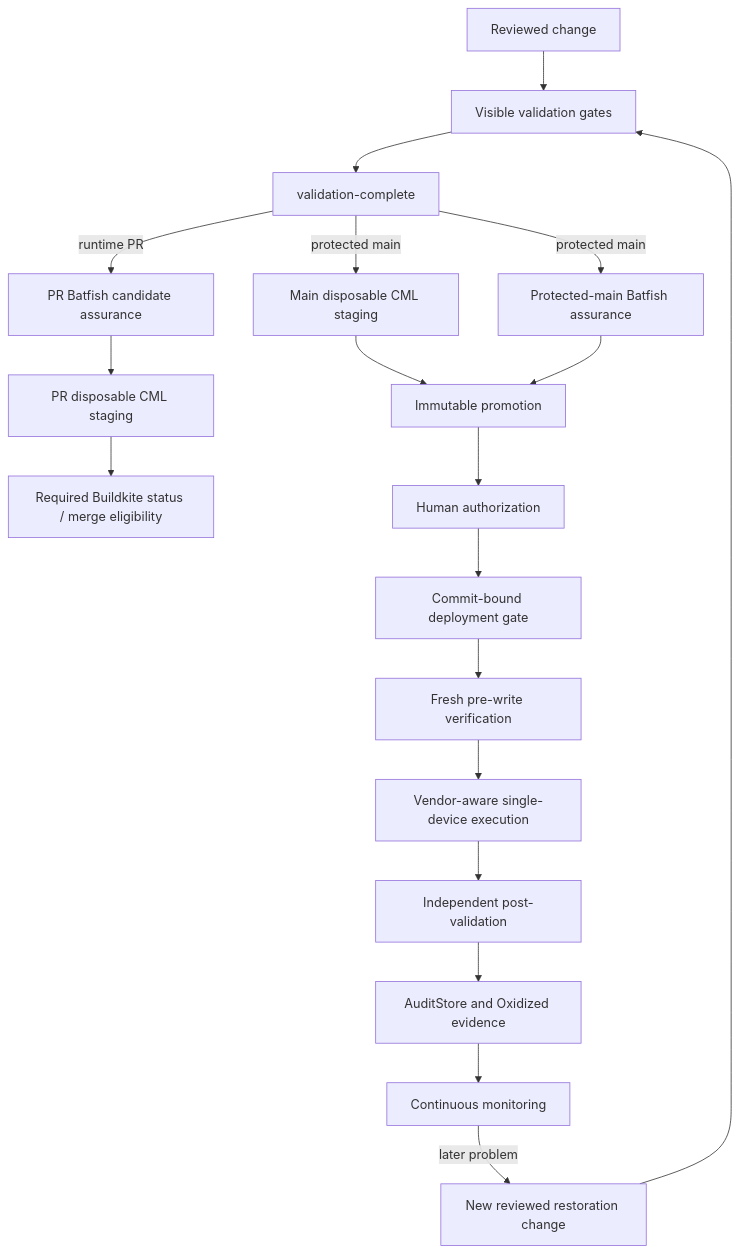
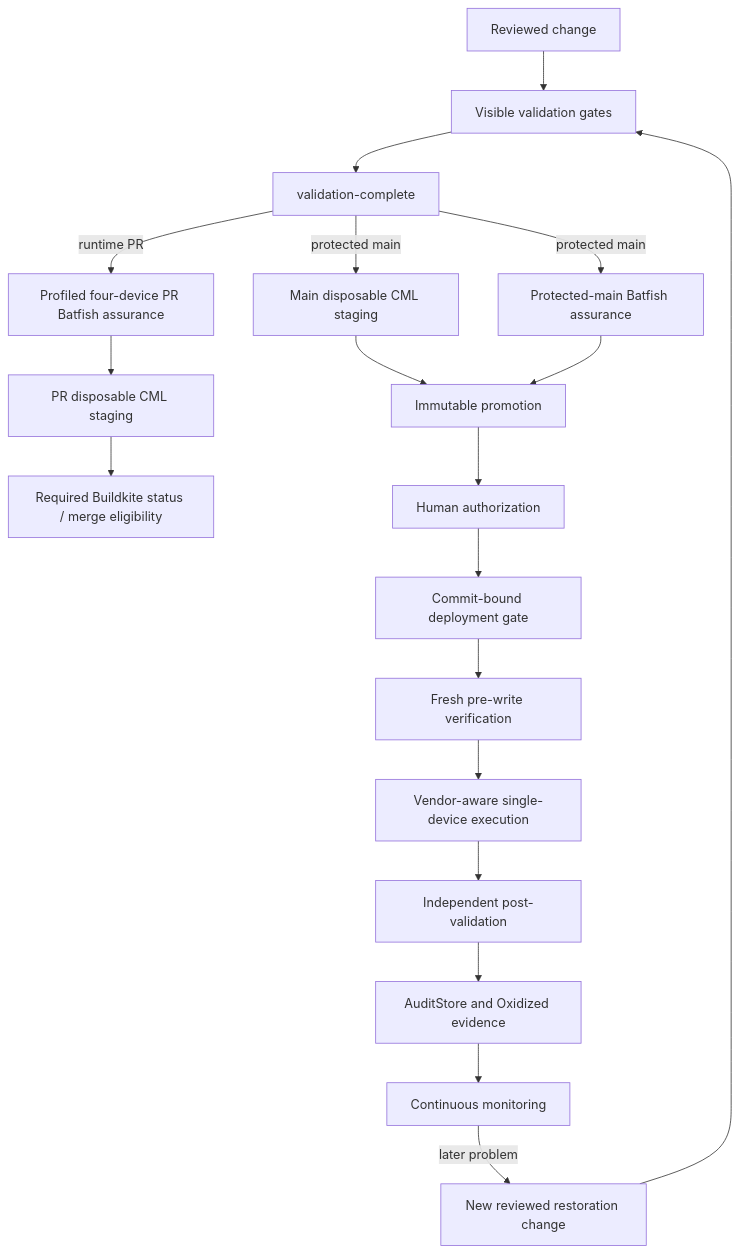
Before and after one commit to Atheer-Kareem/network-change-delivery-platform: the diagram in docs/architecture/change-lifecycle.md, drawn with Mermaid. The commit also changed other lines of this file and 17 other files, not shown here.

Commit message:
feat: hand PR Batfish to profiled assurance (#118)

````diff
--- a/docs/architecture/change-lifecycle.md
+++ b/docs/architecture/change-lifecycle.md
@@ -13,21 +13,21 @@
 ```mermaid
 flowchart TD
   PR[Reviewed change] --> V[Visible validation gates]
   V --> VB[validation-complete]
-  VB -->|runtime PR| PB[PR Batfish candidate assurance]
+  VB -->|runtime PR| PB[Profiled four-device PR Batfish assurance]
   PB --> PC[PR disposable CML staging]
   PC --> MR[Required Buildkite status / merge eligibility]
   VB -->|protected main| C[Main disposable CML staging]
   VB -->|protected main| B[Protected-main Batfish assurance]
   C --> P[Immutable promotion]
   B --> P
   P --> A[Human authorization]
   A --> G[Commit-bound deployment gate]
   G --> F[Fresh pre-write verification]
   F --> X[Vendor-aware single-device execution]
   X --> I[Independent post-validation]
   I --> E[AuditStore and Oxidized evidence]
   E --> M[Continuous monitoring]
   M -->|later problem| D[New reviewed restoration change]
   D --> V
 ```
````
